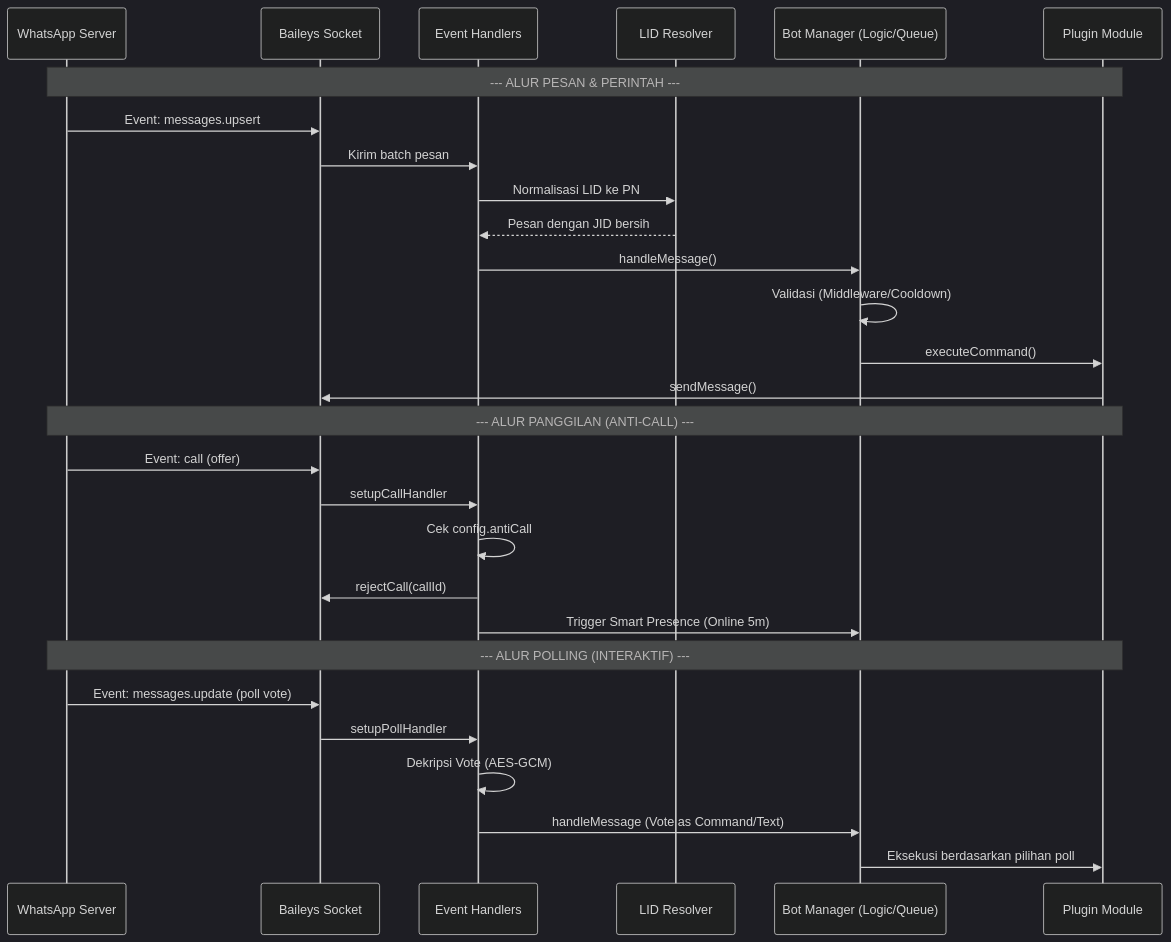
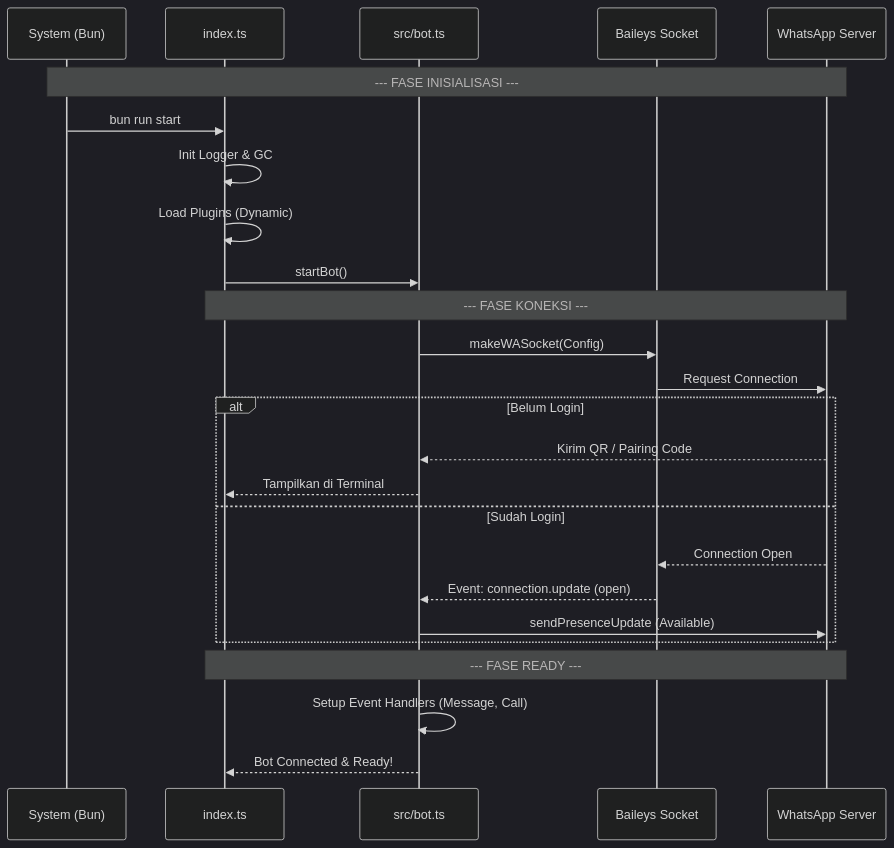
The diagram in README.md (vanes430/botwa), drawn with Mermaid (dark theme) before and after one commit. The commit also changed other lines of this file and 3 other files, not shown here.

Commit message:
feat: remove poll feature and simplify system workflow documentation

````diff
--- a/README.md
+++ b/README.md
@@ -77,33 +72,30 @@
 ```mermaid
 sequenceDiagram
+    participant OS as System (Bun)
+    participant Entry as index.ts
+    participant Bot as src/bot.ts
+    participant Socket as Baileys Socket
     participant WA as WhatsApp Server
-    participant Socket as Baileys Socket
-    participant Handler as Event Handlers
-    participant Resolver as LID Resolver
-    participant Manager as Bot Manager (Logic/Queue)
-    participant Plugin as Plugin Module
 
-    Note over WA, Plugin: --- ALUR PESAN & PERINTAH ---
-    WA->>Socket: Event: messages.upsert
-    Socket->>Handler: Kirim batch pesan
-    Handler->>Resolver: Normalisasi LID ke PN
-    Resolver-->>Handler: Pesan dengan JID bersih
-    Handler->>Manager: handleMessage()
-    Manager->>Manager: Validasi (Middleware/Cooldown)
-    Manager->>Plugin: executeCommand()
-    Plugin->>Socket: sendMessage()
+    Note over OS, WA: --- FASE INISIALISASI ---
+    OS->>Entry: bun run start
+    Entry->>Entry: Init Logger & GC
+    Entry->>Entry: Load Plugins (Dynamic)
+    Entry->>Bot: startBot()
 
-    Note over WA, Plugin: --- ALUR PANGGILAN (ANTI-CALL) ---
-    WA->>Socket: Event: call (offer)
-    Socket->>Handler: setupCallHandler
-    Handler->>Handler: Cek config.antiCall
-    Handler->>Socket: rejectCall(callId)
-    Handler->>Manager: Trigger Smart Presence (Online 5m)
+    Note over Entry, WA: --- FASE KONEKSI ---
+    Bot->>Socket: makeWASocket(Config)
+    Socket->>WA: Request Connection
+    alt Belum Login
+        WA-->>Bot: Kirim QR / Pairing Code
+        Bot-->>Entry: Tampilkan di Terminal
+    else Sudah Login
+        WA-->>Socket: Connection Open
+        Socket-->>Bot: Event: connection.update (open)
+        Bot->>WA: sendPresenceUpdate (Available)
+    end
 
-    Note over WA, Plugin: --- ALUR POLLING (INTERAKTIF) ---
-    WA->>Socket: Event: messages.update (poll vote)
-    Socket->>Handler: setupPollHandler
-    Handler->>Handler: Dekripsi Vote (AES-GCM)
-    Handler->>Manager: handleMessage (Vote as Command/Text)
-    Manager->>Plugin: Eksekusi berdasarkan pilihan poll
+    Note over Entry, WA: --- FASE READY ---
+    Bot->>Bot: Setup Event Handlers (Message, Call)
+    Bot-->>Entry: Bot Connected & Ready!
 ```
````
